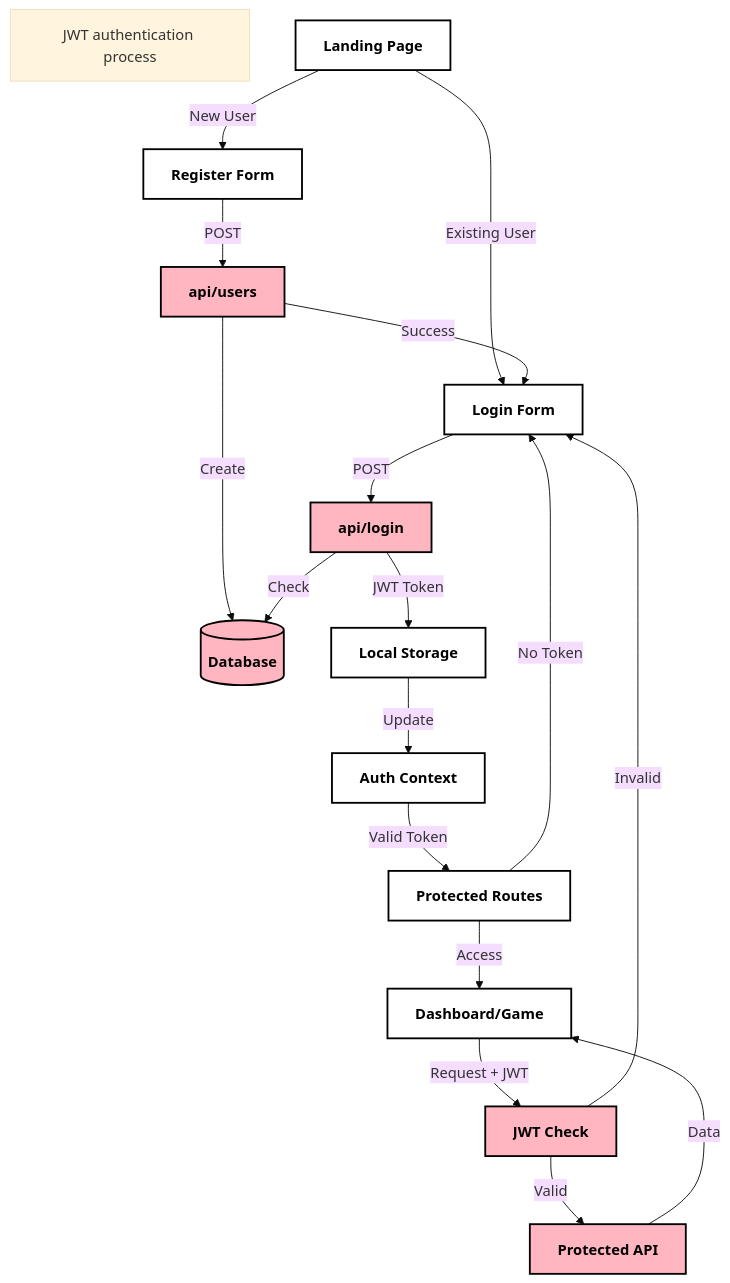
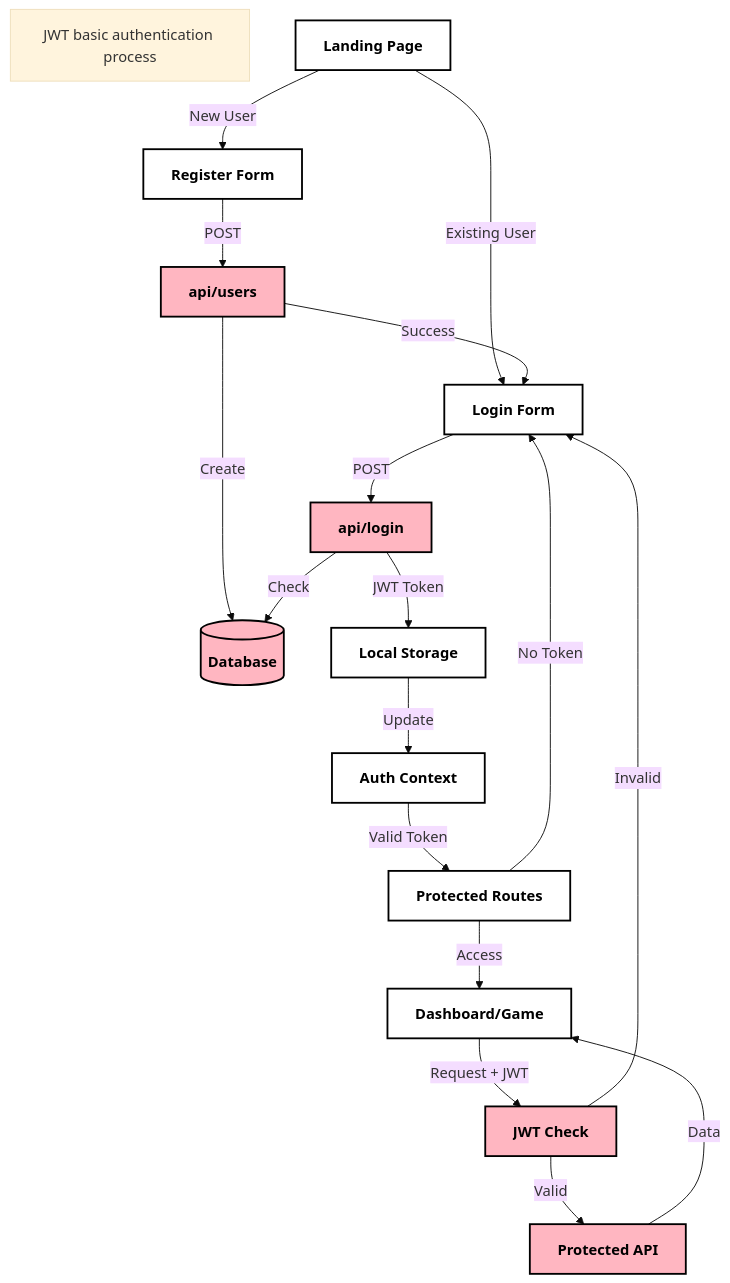
Before and after one commit to hive-helsinki-projects/ft_transcendence: the first of 3 diagrams in README.md, drawn with Mermaid (base theme). The commit also changed other lines of this file, not shown here.

Commit message:
Refine README mermaid diagrams for JWT and 2FA processes, enhancing clarity and consistency in terminology

````diff
--- a/README.md
+++ b/README.md
@@ -47,36 +47,36 @@
 ```mermaid
 graph TD
-    T[JWT authentication process]
+    T[JWT basic authentication process]
     %% Entry Points
     LP[Landing Page] -->|New User| RF[Register Form]
     LP -->|Existing User| LF[Login Form]
 
     %% Registration Flow
     RF -->|POST| REG[api/users]
     REG -->|Create| DB[(Database)]
     REG -->|Success| LF
 
     %% Login Flow
     LF -->|POST| LOGIN[api/login]
     LOGIN -->|Check| DB
     LOGIN -->|JWT Token| LS[Local Storage]
     LS -->|Update| AUTH[Auth Context]
 
     %% Protected Access
     AUTH -->|Valid Token| PROT[Protected Routes]
     PROT -->|Access| DASH[Dashboard/Game]
     PROT -->|No Token| LF
 
     %% API Calls
     DASH -->|Request + JWT| CHECK[JWT Check]
     CHECK -->|Valid| API[Protected API]
     API -->|Data| DASH
     CHECK -->|Invalid| LF
 
     %% Styling with colors and black text
     classDef frontend fill:#FFFFFF,stroke:#000000,stroke-width:2px,color:#000000,font-weight:bold
     classDef backend fill:#FFB6C1,stroke:#000000,stroke-width:2px,color:#000000,font-weight:bold
     
     class LP,RF,LF,LS,AUTH,PROT,DASH frontend
     class REG,LOGIN,DB,CHECK,API backend
 ```
````
